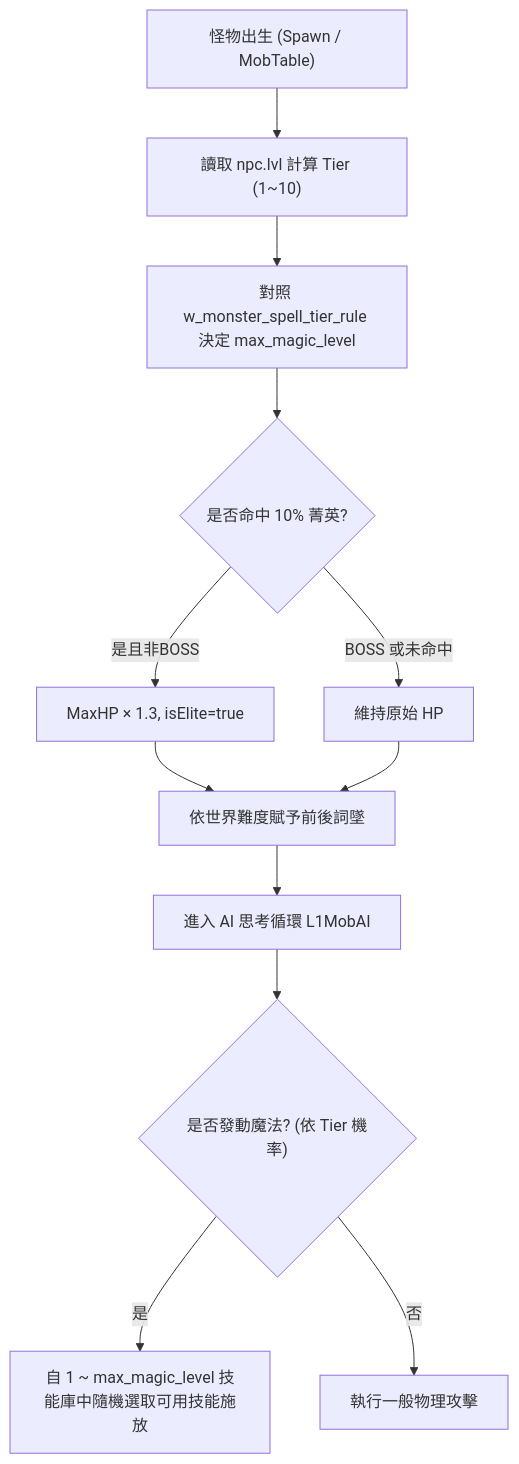
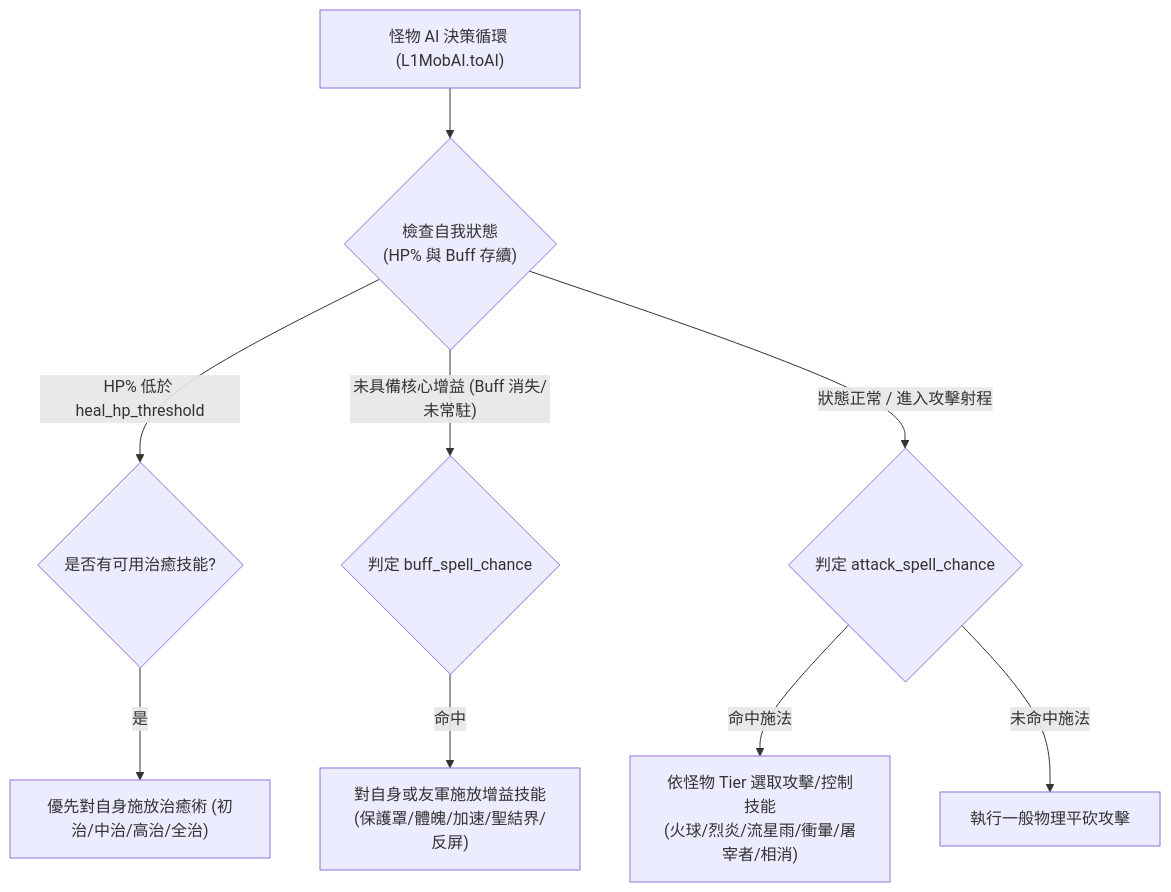
Before and after one commit to 8xbwvwd8c9-code-taka/L1JTW8.5: the diagram in migration/381-to-850/packages/D系列怪物菁英化系統/項目說明.md, drawn with Mermaid. The commit also changed other lines of this file and 2 other files, not shown here.

First line of the commit message:
docs(monster-elite): add dual-track AI (player attack & buff spells) for monsters [HOLD]

````diff
--- a/migration/381-to-850/packages/D系列怪物菁英化系統/項目說明.md
+++ b/migration/381-to-850/packages/D系列怪物菁英化系統/項目說明.md
@@ -88,16 +109,14 @@
 ```mermaid
 flowchart TD
-    A["怪物出生 (Spawn / MobTable)"] --> B["讀取 npc.lvl 計算 Tier (1~10)"]
-    B --> C["對照 w_monster_spell_tier_rule 決定 max_magic_level"]
-    C --> D{"是否命中 10% 菁英?"}
-    D -- "是且非BOSS" --> E["MaxHP × 1.3, isElite=true"]
-    D -- "BOSS 或未命中" --> F["維持原始 HP"]
+    A["怪物 AI 決策循環 (L1MobAI.toAI)"] --> B{"檢查自我狀態<br>(HP% 與 Buff 存續)"}
     
-    E --> G["依世界難度賦予前後詞墜"]
-    F --> G
+    B -- "HP% 低於 heal_hp_threshold" --> C{"是否有可用治癒技能?"}
+    C -- "是" --> D["優先對自身施放治癒術 (初治/中治/高治/全治)"]
     
-    G --> H["進入 AI 思考循環 L1MobAI"]
-    H --> I{"是否發動魔法? (依 Tier 機率)"}
-    I -- "是" --> J["自 1 ~ max_magic_level 技能庫中隨機選取可用技能施放"]
-    I -- "否" --> K["執行一般物理攻擊"]
+    B -- "未具備核心增益 (Buff 消失/未常駐)" --> E{"判定 buff_spell_chance"}
+    E -- "命中" --> F["對自身或友軍施放增益技能<br>(保護罩/體魄/加速/聖結界/反屏)"]
+    
+    B -- "狀態正常 / 進入攻擊射程" --> G{"判定 attack_spell_chance"}
+    G -- "命中施法" --> H["依怪物 Tier 選取攻擊/控制技能<br>(火球/烈炎/流星雨/衝暈/屠宰者/相消)"]
+    G -- "未命中施法" --> I["執行一般物理平砍攻擊"]
 ```
````
